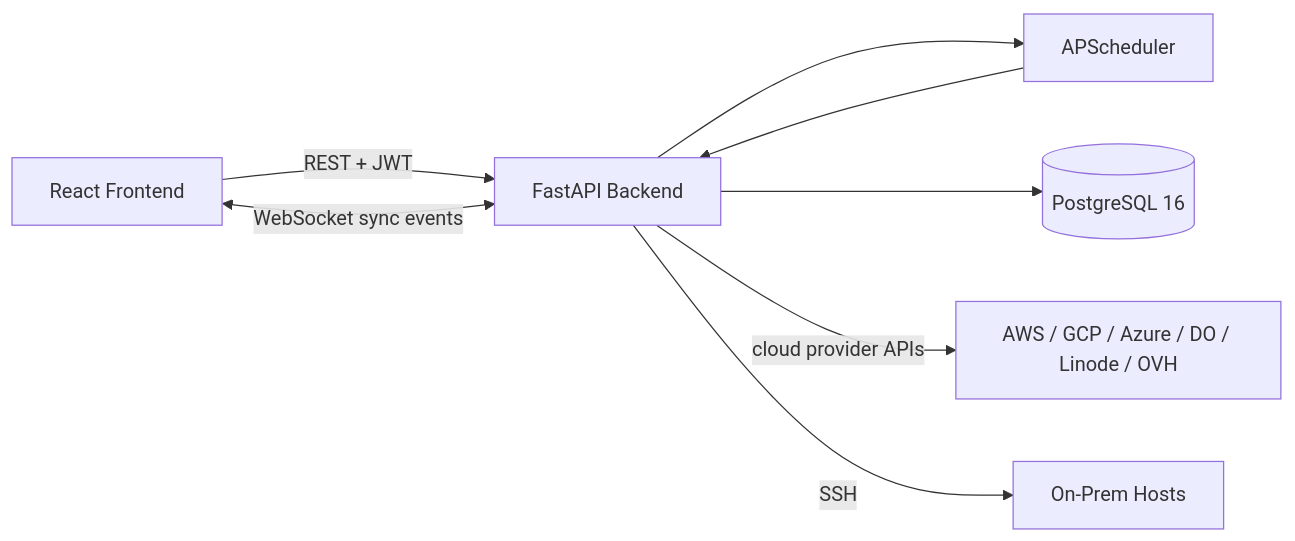
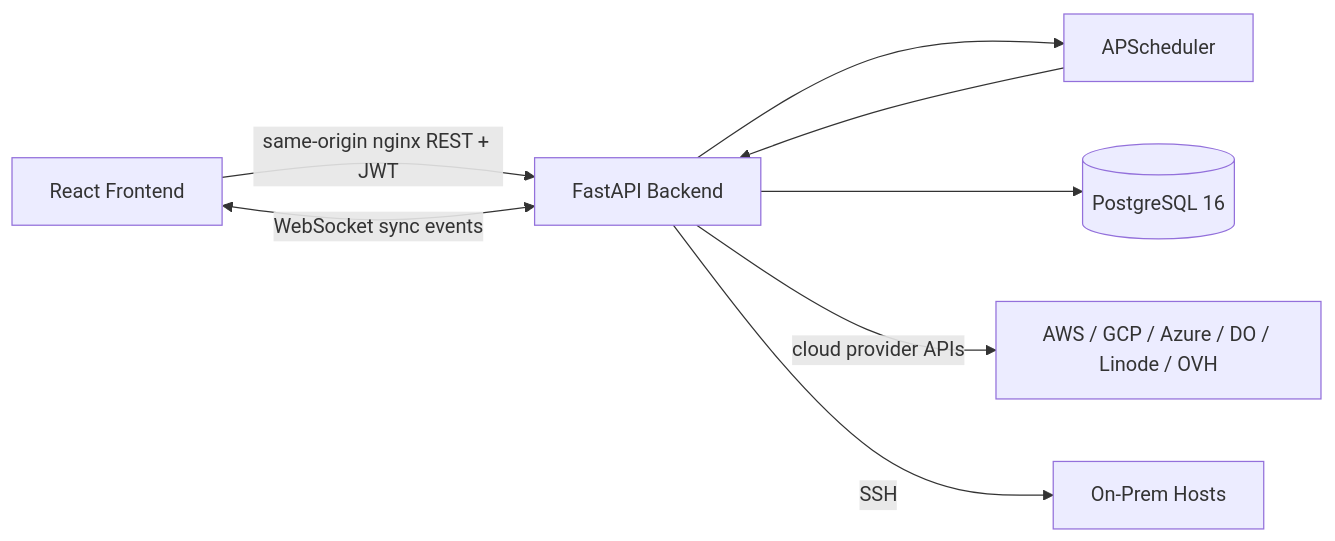
Before and after one commit to rushikeshsakharleofficial/server-inventory: the diagram in README.md, drawn with Mermaid. The commit also changed other lines of this file and 11 other files, not shown here.

````diff
--- a/README.md
+++ b/README.md
@@ -339,10 +358,10 @@
 ```mermaid
 graph LR
-    Browser[React Frontend] -- REST + JWT --> API[FastAPI Backend]
+    Browser[React Frontend] -- same-origin nginx REST + JWT --> API[FastAPI Backend]
     Browser <-- WebSocket sync events --> API
     API --> Scheduler[APScheduler]
     API --> DB[(PostgreSQL 16)]
     Scheduler --> API
     API -- cloud provider APIs --> Cloud[AWS / GCP / Azure / DO / Linode / OVH]
     API -- SSH --> OnPrem[On-Prem Hosts]
 ```
````
